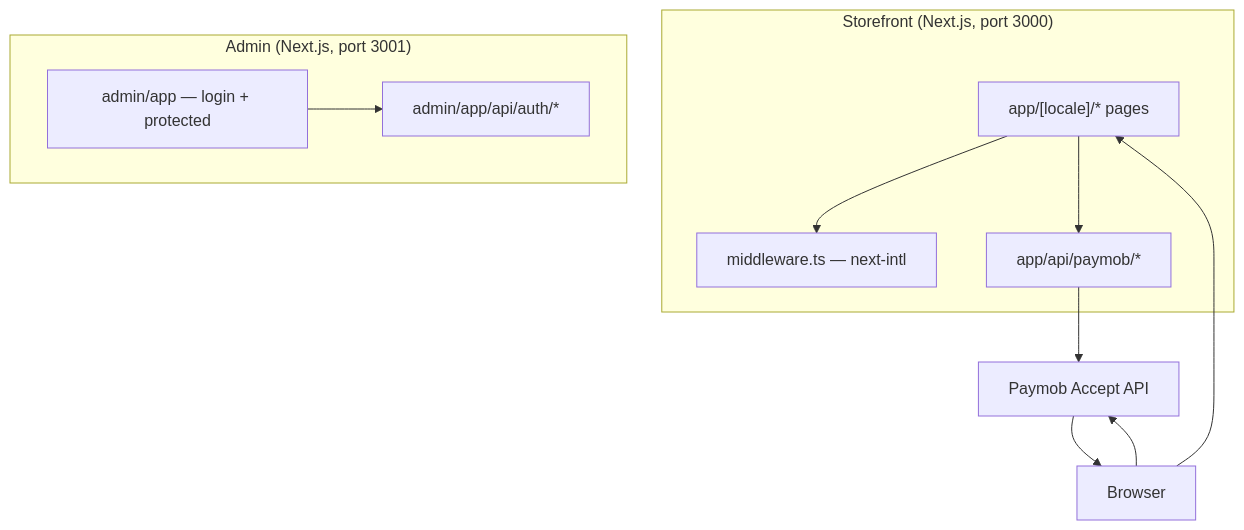
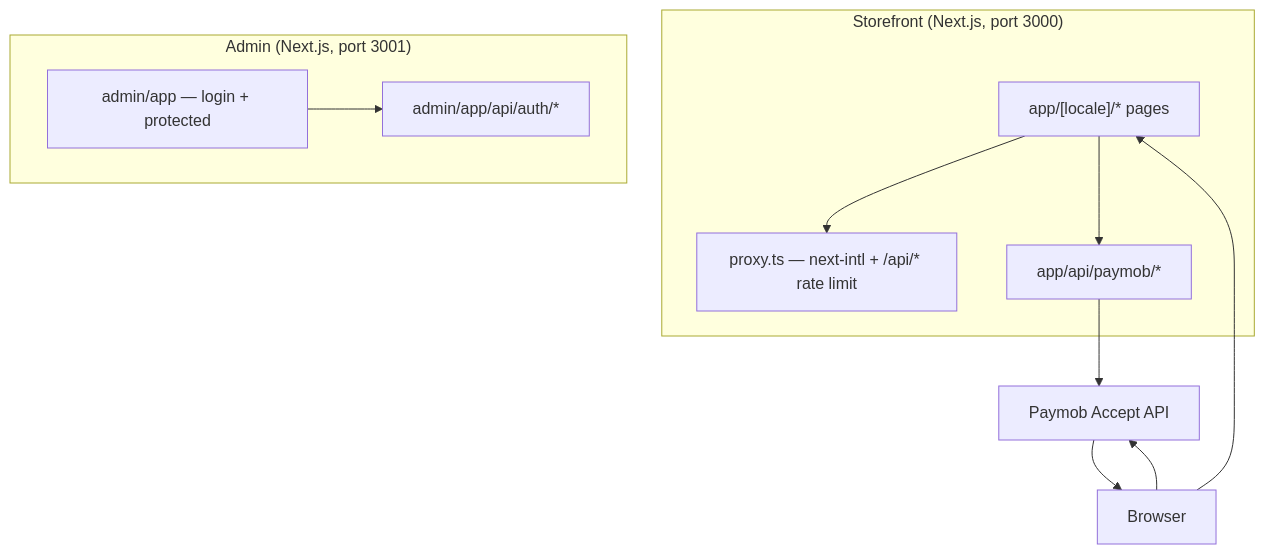
Before and after one commit to bloboxidate/aurealis: the diagram in ARCHITECTURE.md, drawn with Mermaid. The commit also changed other lines of this file and 13 other files, not shown here.

````diff
--- a/ARCHITECTURE.md
+++ b/ARCHITECTURE.md
@@ -17,21 +17,21 @@
 ```mermaid
 flowchart TB
   subgraph storefront["Storefront (Next.js, port 3000)"]
     UI["app/[locale]/* pages"]
     API["app/api/paymob/*"]
-    MW["middleware.ts — next-intl"]
+    MW["proxy.ts — next-intl + /api/* rate limit"]
     UI --> MW
     UI --> API
   end
   subgraph admin["Admin (Next.js, port 3001)"]
     ADM["admin/app — login + protected"]
     ADM_API["admin/app/api/auth/*"]
     ADM --> ADM_API
   end
   Paymob["Paymob Accept API"]
   Browser["Browser"]
   Browser --> UI
   Browser --> Paymob
   API --> Paymob
   Paymob --> Browser
 ```
````
